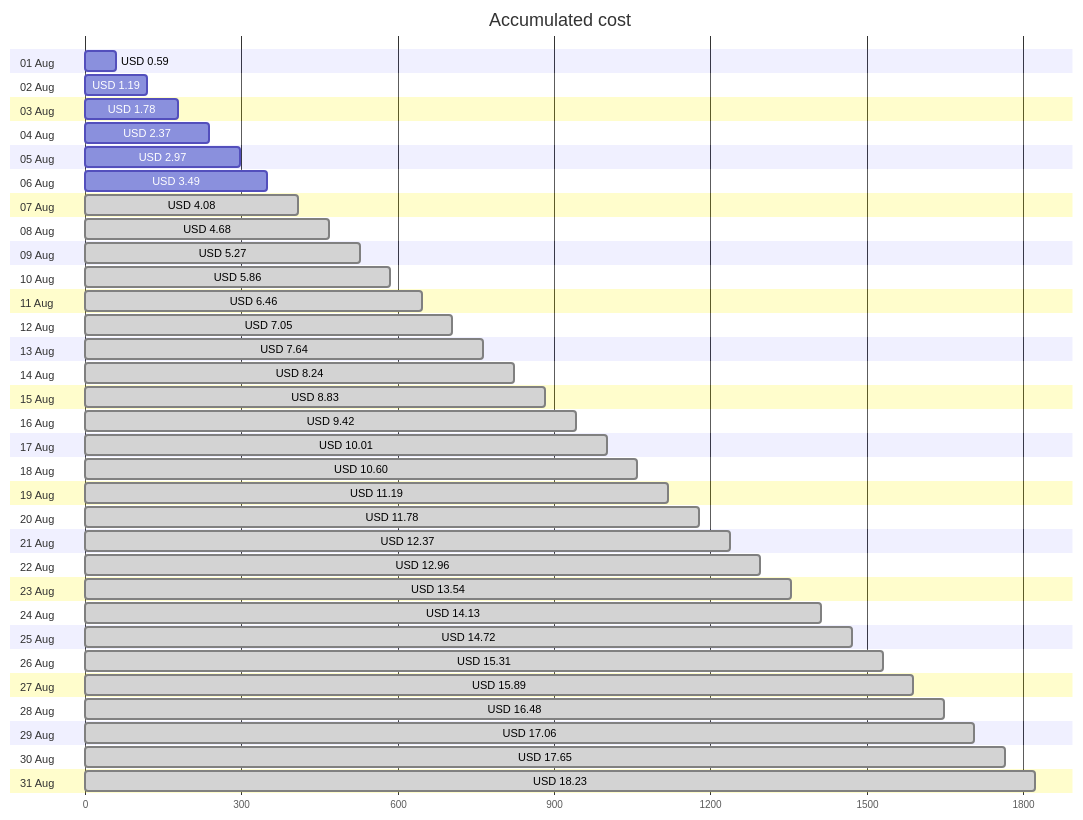
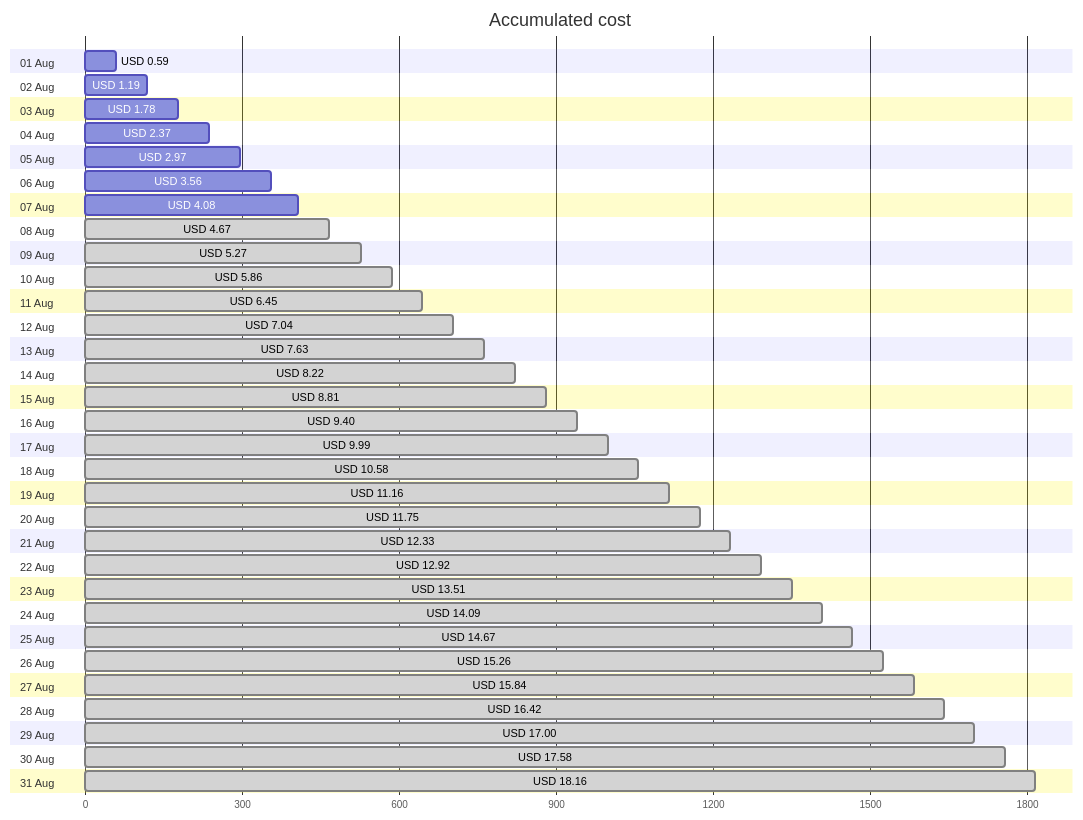
Before and after one commit to jpfulton/azure-personal-reports: the first of 4 diagrams in cost-reports/personal-site/README.md, drawn with Mermaid. The commit also changed other lines of this file and 6 other files, not shown here.

````diff
--- a/cost-reports/personal-site/README.md
+++ b/cost-reports/personal-site/README.md
@@ -20,68 +20,68 @@
 ```mermaid
 gantt
    title Accumulated cost
    dateFormat  X
    axisFormat %s
    section 01 Aug
    USD 0.59 :0, 59
    section 02 Aug
    USD 1.19 :0, 119
    section 03 Aug
    USD 1.78 :0, 178
    section 04 Aug
    USD 2.37 :0, 237
    section 05 Aug
    USD 2.97 :0, 297
    section 06 Aug
-   USD 3.49 :0, 349
+   USD 3.56 :0, 356
    section 07 Aug
-   USD 4.08 : done, 0, 408
+   USD 4.08 :0, 408
    section 08 Aug
-   USD 4.68 : done, 0, 468
+   USD 4.67 : done, 0, 467
    section 09 Aug
    USD 5.27 : done, 0, 527
    section 10 Aug
    USD 5.86 : done, 0, 586
    section 11 Aug
-   USD 6.46 : done, 0, 646
+   USD 6.45 : done, 0, 645
    section 12 Aug
-   USD 7.05 : done, 0, 705
+   USD 7.04 : done, 0, 704
    section 13 Aug
-   USD 7.64 : done, 0, 764
+   USD 7.63 : done, 0, 763
    section 14 Aug
-   USD 8.24 : done, 0, 824
+   USD 8.22 : done, 0, 822
    section 15 Aug
-   USD 8.83 : done, 0, 883
+   USD 8.81 : done, 0, 881
    section 16 Aug
-   USD 9.42 : done, 0, 942
+   USD 9.40 : done, 0, 940
    section 17 Aug
-   USD 10.01 : done, 0, 1001
+   USD 9.99 : done, 0, 999
    section 18 Aug
-   USD 10.60 : done, 0, 1060
+   USD 10.58 : done, 0, 1058
    section 19 Aug
-   USD 11.19 : done, 0, 1119
+   USD 11.16 : done, 0, 1116
    section 20 Aug
-   USD 11.78 : done, 0, 1178
+   USD 11.75 : done, 0, 1175
    section 21 Aug
-   USD 12.37 : done, 0, 1237
+   USD 12.33 : done, 0, 1233
    section 22 Aug
-   USD 12.96 : done, 0, 1296
+   USD 12.92 : done, 0, 1292
    section 23 Aug
-   USD 13.54 : done, 0, 1354
+   USD 13.51 : done, 0, 1351
    section 24 Aug
-   USD 14.13 : done, 0, 1413
+   USD 14.09 : done, 0, 1409
    section 25 Aug
-   USD 14.72 : done, 0, 1472
+   USD 14.67 : done, 0, 1467
    section 26 Aug
-   USD 15.31 : done, 0, 1531
+   USD 15.26 : done, 0, 1526
    section 27 Aug
-   USD 15.89 : done, 0, 1589
+   USD 15.84 : done, 0, 1584
    section 28 Aug
-   USD 16.48 : done, 0, 1648
+   USD 16.42 : done, 0, 1642
    section 29 Aug
-   USD 17.06 : done, 0, 1706
+   USD 17.00 : done, 0, 1700
    section 30 Aug
-   USD 17.65 : done, 0, 1765
+   USD 17.58 : done, 0, 1758
    section 31 Aug
-   USD 18.23 : done, 0, 1823
+   USD 18.16 : done, 0, 1816
 ```
````
